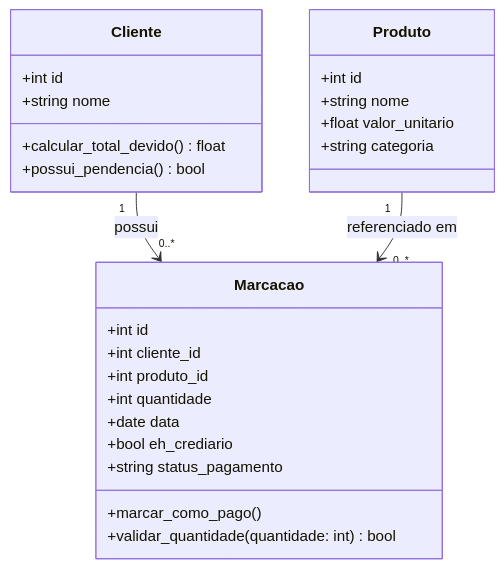
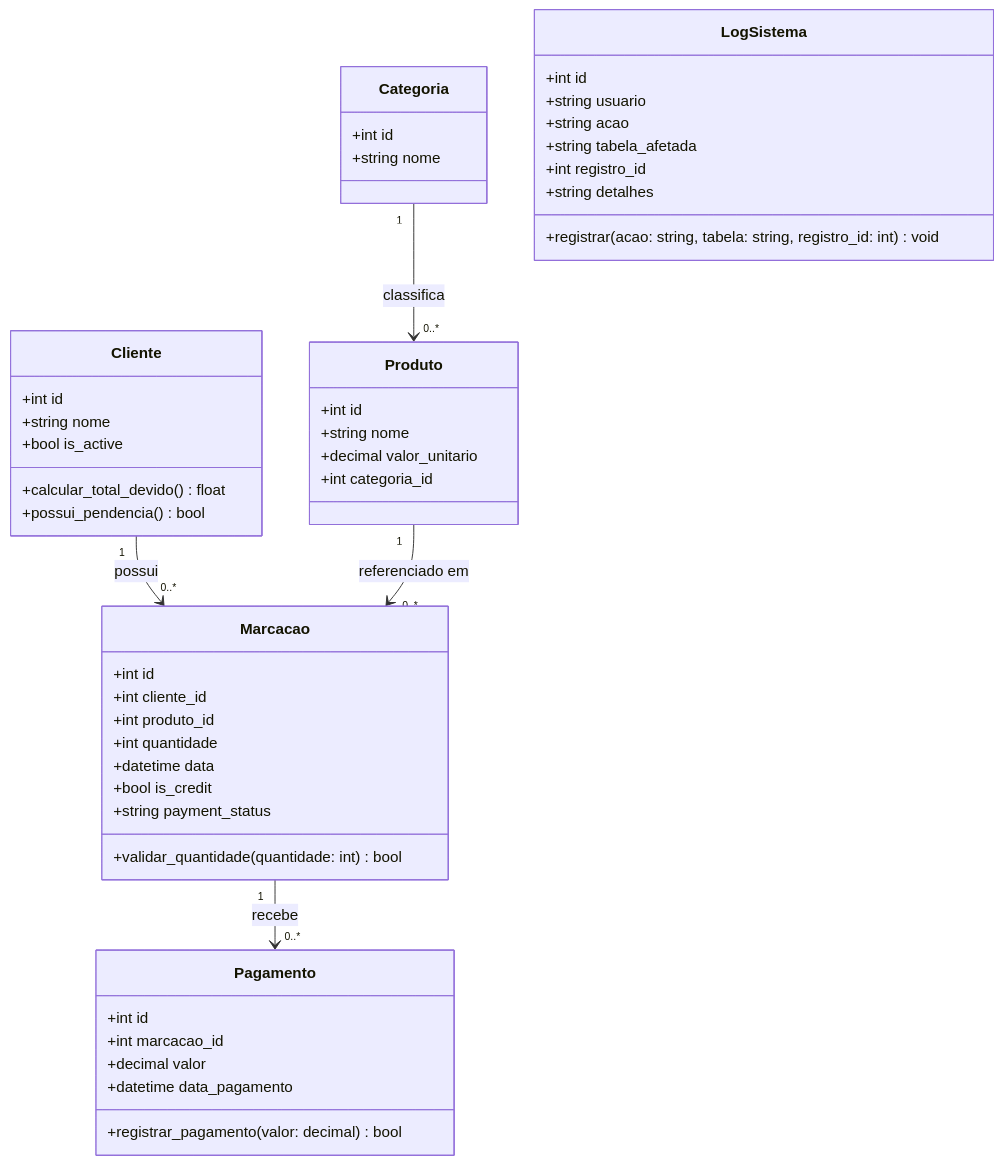
Before and after one commit to Razawaky/Fiado_Digital: the diagram in docs/diagramas/diag-de-classes.md, drawn with Mermaid. The commit also changed 4 other files, not shown here.

Commit message:
Diagrama-de-Classes v2 && diagrama-sequencial

````diff
--- a/docs/diagramas/diag-de-classes.md
+++ b/docs/diagramas/diag-de-classes.md
@@ -1,31 +1,56 @@
 ```mermaid
 classDiagram
     class Cliente {
         +int id
         +string nome
+        +bool is_active
         +calcular_total_devido() float
         +possui_pendencia() bool
     }
- 
+
+    class Categoria {
+        +int id
+        +string nome
+    }
+
     class Produto {
         +int id
         +string nome
-        +float valor_unitario
-        +string categoria
+        +decimal valor_unitario
+        +int categoria_id
     }
- 
+
     class Marcacao {
         +int id
         +int cliente_id
         +int produto_id
         +int quantidade
-        +date data
-        +bool eh_crediario
-        +string status_pagamento
-        +marcar_como_pago()
+        +datetime data
+        +bool is_credit
+        +string payment_status
         +validar_quantidade(quantidade: int) bool
     }
- 
+
+    class Pagamento {
+        +int id
+        +int marcacao_id
+        +decimal valor
+        +datetime data_pagamento
+        +registrar_pagamento(valor: decimal) bool
+    }
+
+    class LogSistema {
+        +int id
+        +string usuario
+        +string acao
+        +string tabela_afetada
+        +int registro_id
+        +string detalhes
+        +registrar(acao: string, tabela: string, registro_id: int) void
+    }
+
     Cliente "1" --> "0..*" Marcacao : possui
     Produto "1" --> "0..*" Marcacao : referenciado em
+    Categoria "1" --> "0..*" Produto : classifica
+    Marcacao "1" --> "0..*" Pagamento : recebe
 ```
````
